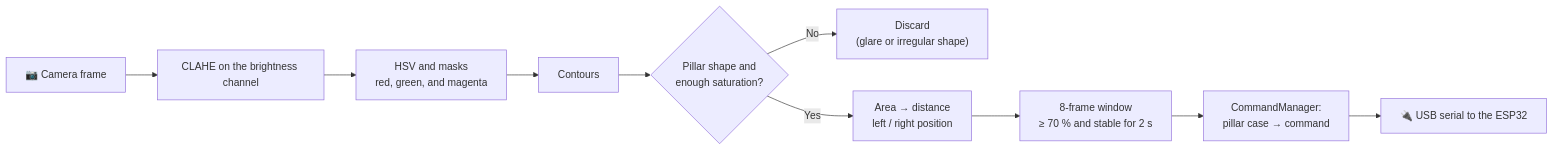
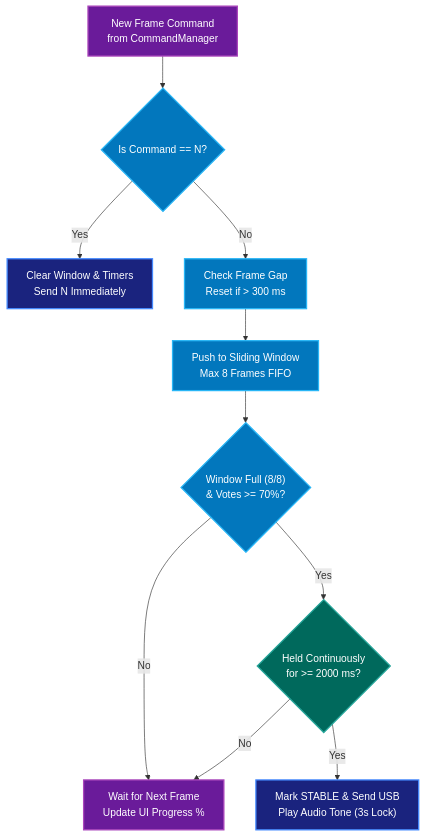
One commit to erchivox/Prometheus-Team-2026 changed diagram 18 of 20 in README.md. Above: the diagram before and after it, drawn with Mermaid. The commit also changed other lines of this file, not shown here.

````diff
--- a/README.md
+++ b/README.md
@@ -1797,12 +1912,17 @@
 ```mermaid
-flowchart LR
-    A["📷 Camera frame"] --> B["CLAHE on the brightness channel"]
-    B --> C["HSV and masks<br/>red, green, and magenta"]
-    C --> D["Contours"]
-    D --> E{"Pillar shape and<br/>enough saturation?"}
-    E -- No --> X["Discard<br/>(glare or irregular shape)"]
-    E -- Yes --> F["Area → distance<br/>left / right position"]
-    F --> G["8-frame window<br/>≥ 70 % and stable for 2 s"]
-    G --> H["CommandManager:<br/>pillar case → command"]
-    H --> I["🔌 USB serial to the ESP32"]
+graph TD
+    classDef purple fill:#6a1b9a,stroke:#ab47bc,stroke-width:2px,color:#fff;
+    classDef cyan fill:#0277bd,stroke:#29b6f6,stroke-width:2px,color:#fff;
+    classDef green fill:#00695c,stroke:#26a69a,stroke-width:2px,color:#fff;
+    classDef dark fill:#1a237e,stroke:#448aff,stroke-width:2px,color:#fff;
+
+    A["New Frame Command<br>from CommandManager"]:::purple --> B{"Is Command == N?"}:::cyan
+    B -- "Yes" --> C["Clear Window & Timers<br>Send N Immediately"]:::dark
+    B -- "No" --> D["Check Frame Gap<br>Reset if > 300 ms"]:::cyan
+    D --> E["Push to Sliding Window<br>Max 8 Frames FIFO"]:::cyan
+    E --> F{"Window Full (8/8)<br>& Votes >= 70%?"}:::cyan
+    F -- "No" --> G["Wait for Next Frame<br>Update UI Progress %"]:::purple
+    F -- "Yes" --> H{"Held Continuously<br>for >= 2000 ms?"}:::green
+    H -- "No" --> G
+    H -- "Yes" --> I["Mark STABLE & Send USB<br>Play Audio Tone (3s Lock)"]:::dark
 ```
````
